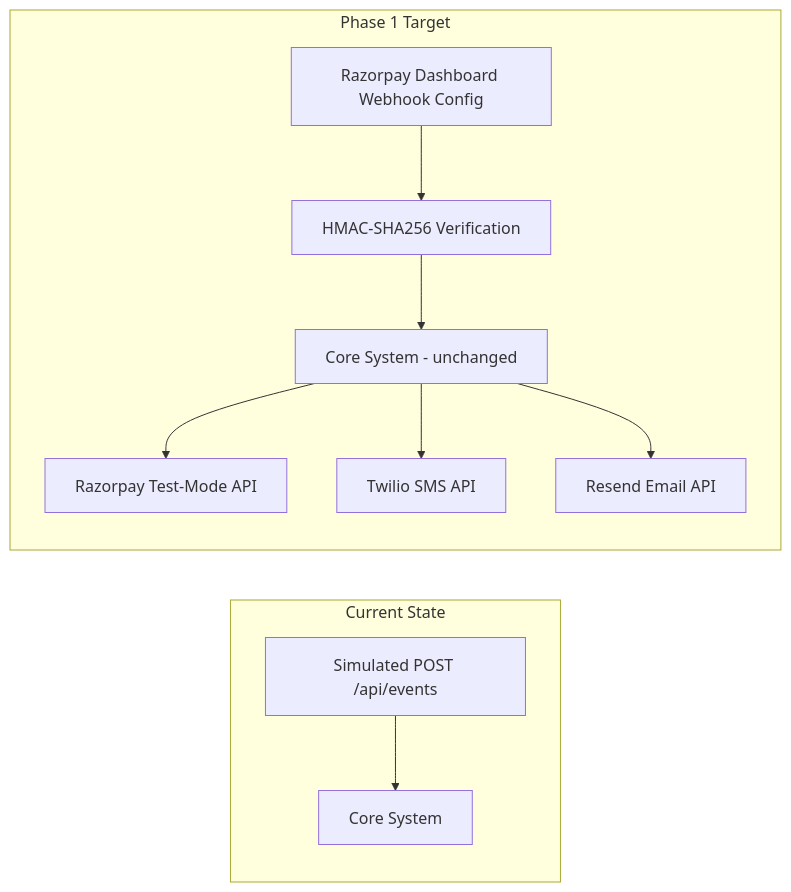
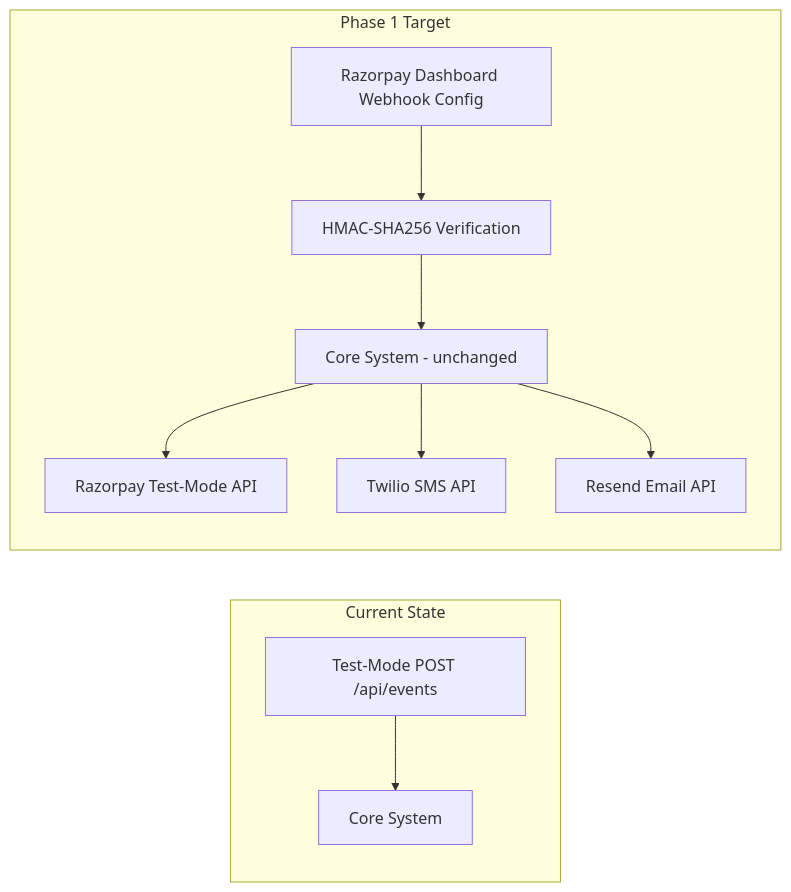
Before and after one commit to Surya-5555/FinTech-AI-05: the second of 6 diagrams in docs/roadmap/ROADMAP.md, drawn with Mermaid. The commit also changed other lines of this file and 17 other files, not shown here.

Commit message:
docs: add comprehensive project documentation covering architecture, evaluation framework, security policies, and development guides

````diff
--- a/docs/roadmap/ROADMAP.md
+++ b/docs/roadmap/ROADMAP.md
@@ -71,14 +71,14 @@
 ```mermaid
 flowchart LR
     subgraph Current State
-        Sim[Simulated POST /api/events] --> Core[Core System]
+        Sim[Test-Mode POST /api/events] --> Core[Core System]
     end
 
     subgraph Phase 1 Target
         RzpDash[Razorpay Dashboard Webhook Config] --> HMAC[HMAC-SHA256 Verification]
         HMAC --> Core2[Core System - unchanged]
         Core2 --> RzpAPI[Razorpay Test-Mode API]
         Core2 --> Twilio[Twilio SMS API]
         Core2 --> Resend[Resend Email API]
     end
 ```
````
